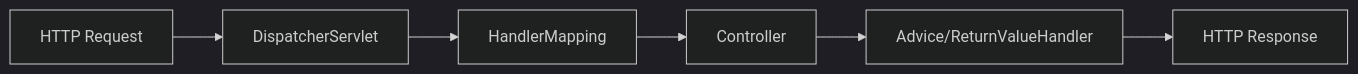
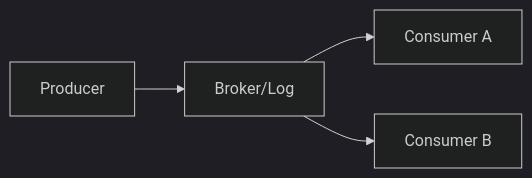
The diagram in web/public/content/microservices/modulo-6.md (NICORUIZ93/The_Imperial_Book), drawn with Mermaid (dark theme) before and after one commit. The commit also changed other lines of this file and 67 other files, not shown here.

````diff
--- a/web/public/content/microservices/modulo-6.md
+++ b/web/public/content/microservices/modulo-6.md
@@ -17,8 +74,6 @@
 ```mermaid
 flowchart LR
-  R[HTTP Request] --> D[DispatcherServlet]
-  D --> H[HandlerMapping]
-  H --> C[Controller]
-  C --> A[Advice/ReturnValueHandler]
-  A --> Resp[HTTP Response]
+  P[Producer] --> B[Broker/Log]
+  B --> C1[Consumer A]
+  B --> C2[Consumer B]
 ```
````
